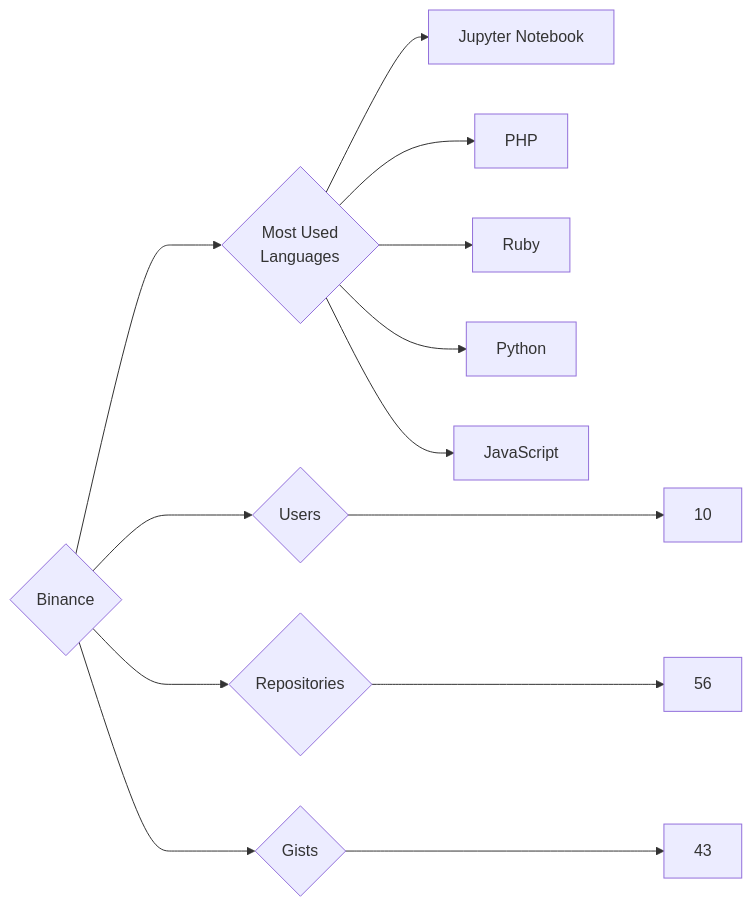
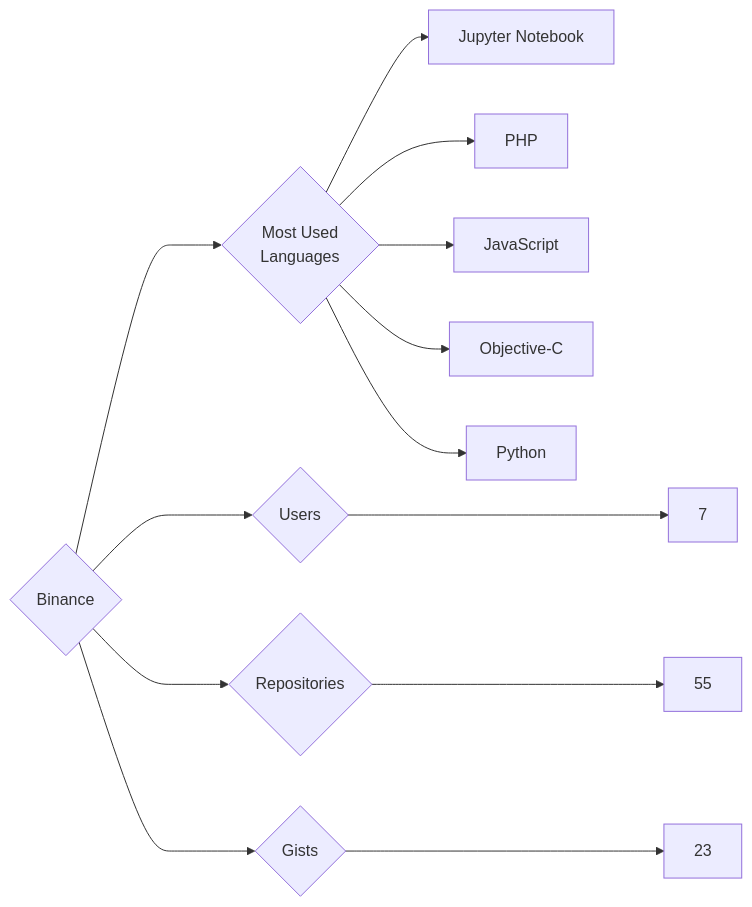
The diagram in targets/Binance/README.md (trickest/insiders), drawn with Mermaid before and after one commit. The commit also changed 1007 other files, not shown here.

````diff
--- a/targets/Binance/README.md
+++ b/targets/Binance/README.md
@@ -3,13 +3,13 @@
 ```mermaid
 graph LR
 COMPANY_NAME{Binance}
-COMPANY_NAME ---> U{Users} ---> UN[10]
-COMPANY_NAME ---> R{Repositories} ---> RN[56]
-COMPANY_NAME ---> G{Gists} ---> GN[43]
+COMPANY_NAME ---> U{Users} ---> UN[7]
+COMPANY_NAME ---> R{Repositories} ---> RN[55]
+COMPANY_NAME ---> G{Gists} ---> GN[23]
 COMPANY_NAME ---> ML{Most Used<br>Languages}
 ML --> Jupyter_Notebook[Jupyter Notebook]
 ML --> PHP[PHP]
-ML --> Ruby[Ruby]
+ML --> JavaScript[JavaScript]
+ML --> Objective-C[Objective-C]
 ML --> Python[Python]
-ML --> JavaScript[JavaScript]
 ```
````
